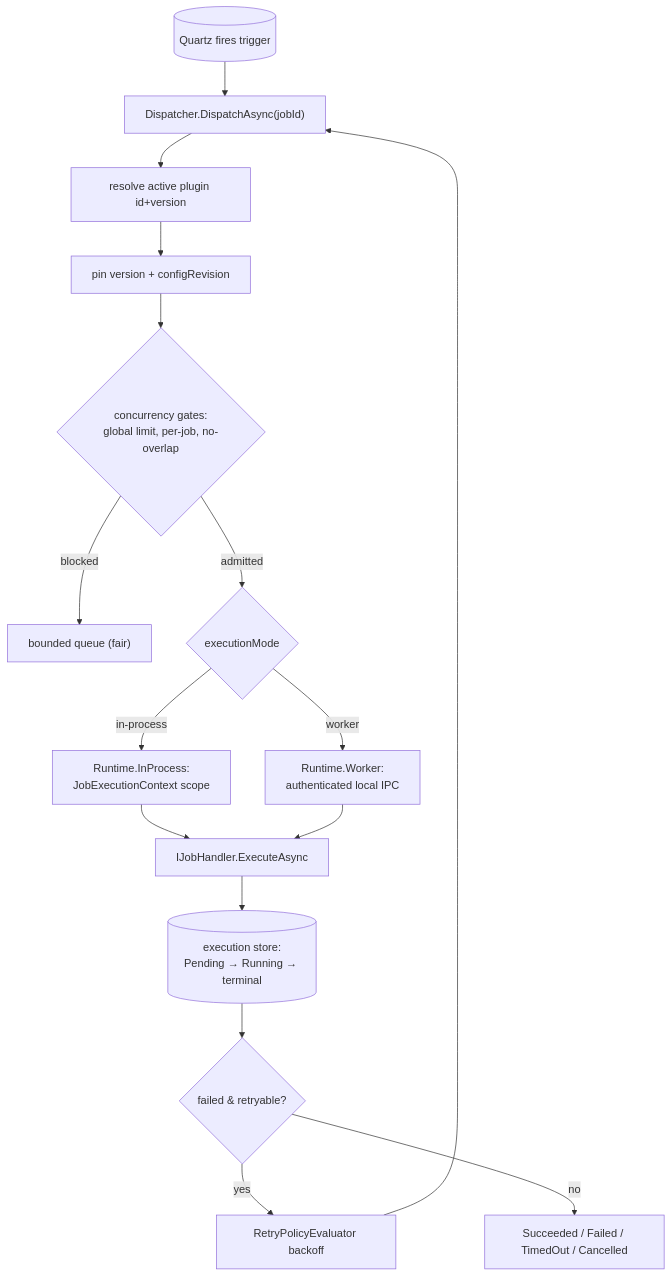
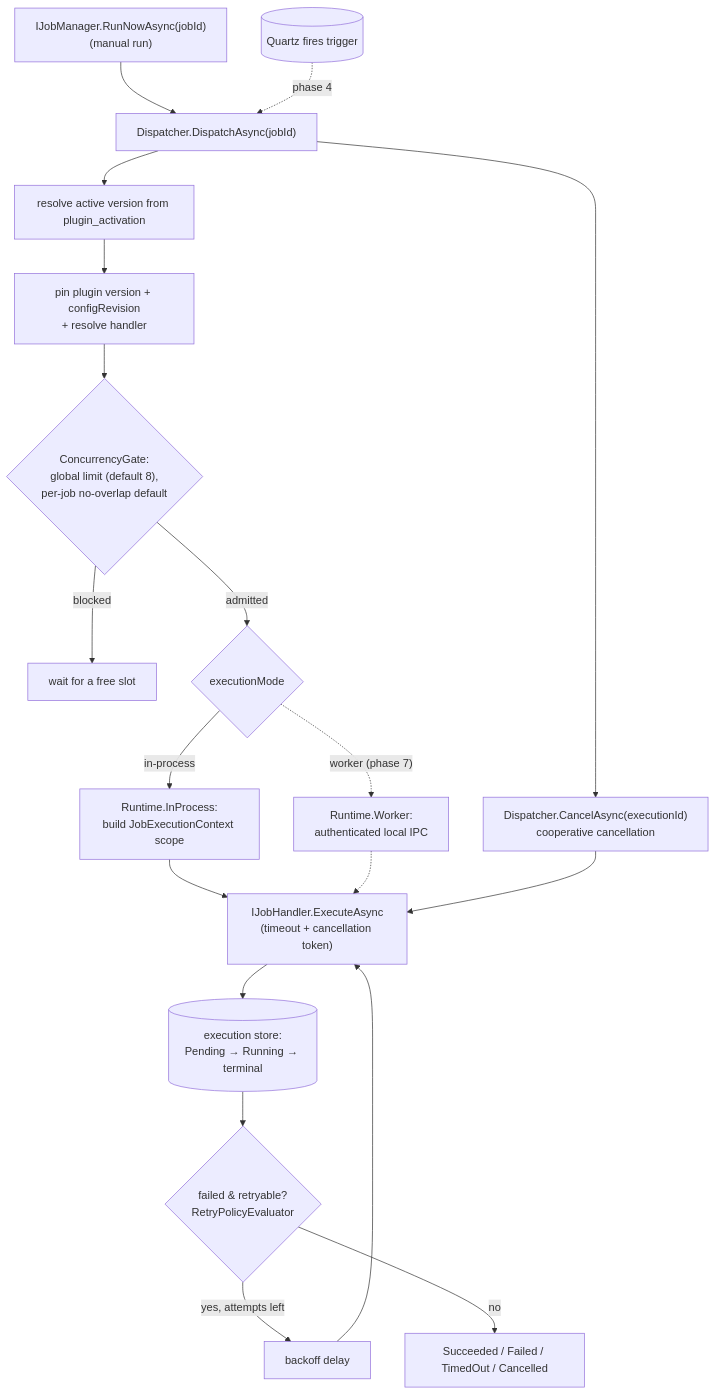
One commit to nicknad/job-scheduler changed the third of 4 diagrams in docs/graphs/plugin-workflows.md. Above: the diagram before and after it, drawn with Mermaid. The commit also changed other lines of this file and 48 other files, not shown here.

First line of the commit message:
feat(runtime): implement Phase 3 in-process runtime and dispatcher

````diff
--- a/docs/graphs/plugin-workflows.md
+++ b/docs/graphs/plugin-workflows.md
@@ -63,18 +74,21 @@
 ```mermaid
 flowchart TD
-  QZ[("Quartz fires trigger")] --> DISP["Dispatcher.DispatchAsync(jobId)"]
-  DISP --> RES["resolve active plugin id+version"]
-  RES --> PIN["pin version + configRevision"]
-  PIN --> CONC{"concurrency gates:<br/>global limit, per-job, no-overlap"}
-  CONC -- "blocked" --> WAIT["bounded queue (fair)"]
+  RUN["IJobManager.RunNowAsync(jobId)<br/>(manual run)"] --> DISP["Dispatcher.DispatchAsync(jobId)"]
+  QZ[("Quartz fires trigger")] -. "phase 4" .-> DISP
+  DISP --> RES["resolve active version from plugin_activation"]
+  RES --> PIN["pin plugin version + configRevision<br/>+ resolve handler"]
+  PIN --> CONC{"ConcurrencyGate:<br/>global limit (default 8),<br/>per-job no-overlap default"}
+  CONC -- "blocked" --> WAIT["wait for a free slot"]
   CONC -- "admitted" --> MODE{"executionMode"}
-  MODE -- "in-process" --> IP["Runtime.InProcess:<br/>JobExecutionContext scope"]
-  MODE -- "worker" --> WK["Runtime.Worker:<br/>authenticated local IPC"]
-  IP --> H["IJobHandler.ExecuteAsync"]
-  WK --> H
+  MODE -- "in-process" --> IP["Runtime.InProcess:<br/>build JobExecutionContext scope"]
+  MODE -. "worker (phase 7)" .-> WK["Runtime.Worker:<br/>authenticated local IPC"]
+  IP --> H["IJobHandler.ExecuteAsync<br/>(timeout + cancellation token)"]
+  WK -.-> H
   H --> EXEC[("execution store:<br/>Pending → Running → terminal")]
-  EXEC --> RET{"failed &amp; retryable?"}
-  RET -- "yes" --> BACKOFF["RetryPolicyEvaluator backoff"]
-  BACKOFF --> DISP
+  EXEC --> RET{"failed &amp; retryable?<br/>RetryPolicyEvaluator"}
+  RET -- "yes, attempts left" --> BACKOFF["backoff delay"]
+  BACKOFF --> H
   RET -- "no" --> DONE["Succeeded / Failed / TimedOut / Cancelled"]
+  DISP --> CANCEL["Dispatcher.CancelAsync(executionId)<br/>cooperative cancellation"]
+  CANCEL --> H
 ```
````
